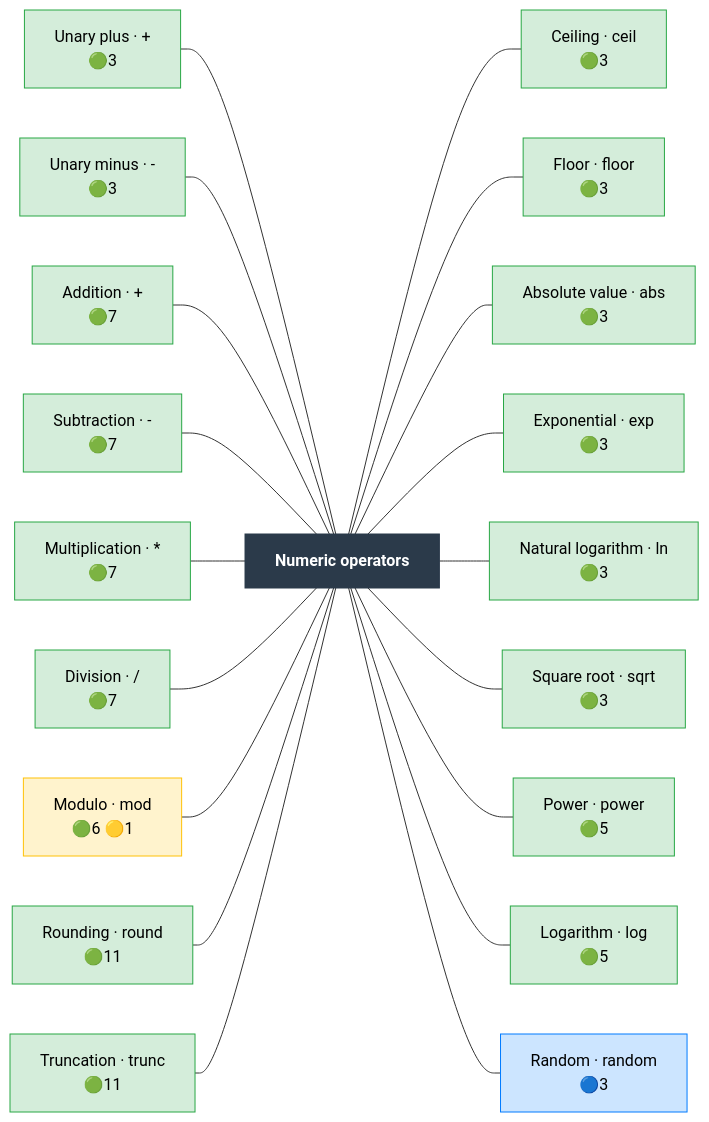
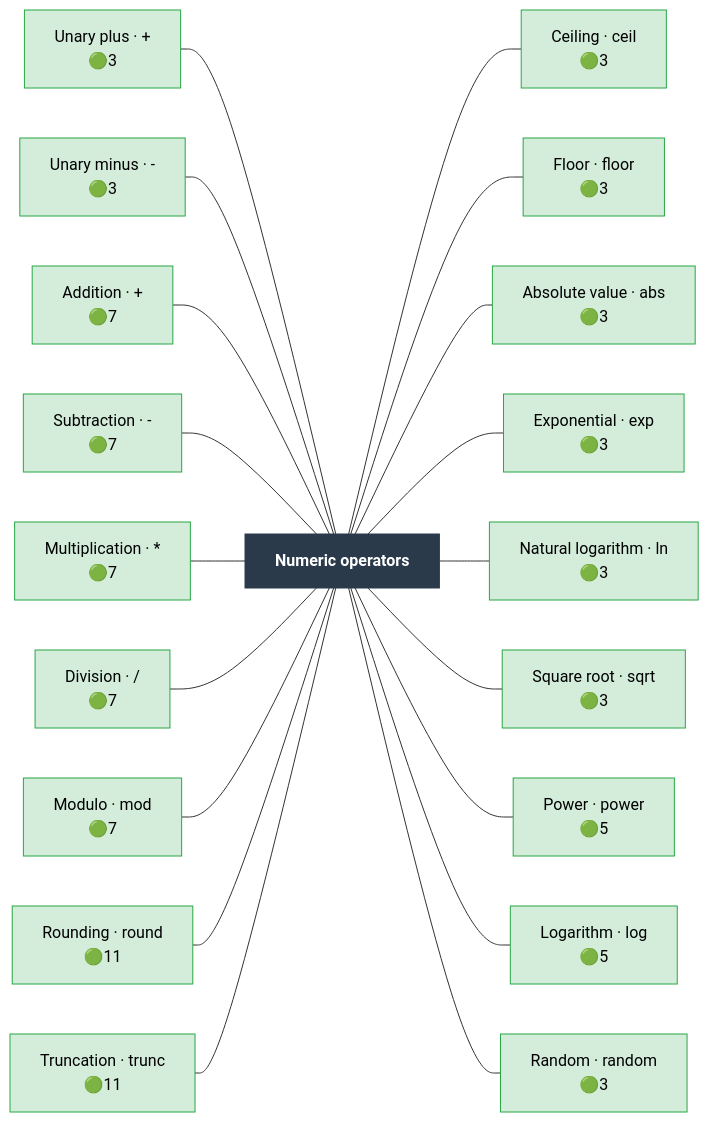
The diagram in docs/operator_map/numeric/index.rst (Meaningful-Data/vtlengine), drawn with Mermaid before and after one commit. The commit also changed other lines of this file and 175 other files, not shown here.

```diff
--- a/docs/operator_map/numeric/index.rst
+++ b/docs/operator_map/numeric/index.rst
@@ -24,66 +24,66 @@
 .. mermaid::
    :config: {"flowchart": {"useMaxWidth": false}}
 
    flowchart LR
        classDef ok fill:#d4edda,stroke:#28a745,color:#000
        classDef partial fill:#fff3cd,stroke:#ffc107,color:#000
        classDef refused fill:#d4edda,stroke:#28a745,stroke-width:3px,stroke-dasharray: 2 2,color:#000
        classDef missing fill:#f8d7da,stroke:#dc3545,color:#000
        classDef diverge fill:#cce5ff,stroke:#007bff,color:#000
        classDef block fill:#2b3a4a,stroke:#2b3a4a,color:#fff,font-weight:bold
        classDef ext fill:#fff,stroke:#666,color:#000,stroke-dasharray: 5 5
        B["Numeric operators"]:::block
        numeric__unary_plus["Unary plus · +<br/>🟢3"]:::ok
        numeric__unary_minus["Unary minus · -<br/>🟢3"]:::ok
        numeric__addition["Addition · +<br/>🟢7"]:::ok
        numeric__subtraction["Subtraction · -<br/>🟢7"]:::ok
        numeric__multiplication["Multiplication · *<br/>🟢7"]:::ok
        numeric__division["Division · /<br/>🟢7"]:::ok
-       numeric__modulo["Modulo · mod<br/>🟢6 🟡1"]:::partial
+       numeric__modulo["Modulo · mod<br/>🟢7"]:::ok
        numeric__round["Rounding · round<br/>🟢11"]:::ok
        numeric__trunc["Truncation · trunc<br/>🟢11"]:::ok
        numeric__ceil["Ceiling · ceil<br/>🟢3"]:::ok
        numeric__floor["Floor · floor<br/>🟢3"]:::ok
        numeric__abs["Absolute value · abs<br/>🟢3"]:::ok
        numeric__exp["Exponential · exp<br/>🟢3"]:::ok
        numeric__ln["Natural logarithm · ln<br/>🟢3"]:::ok
        numeric__sqrt["Square root · sqrt<br/>🟢3"]:::ok
        numeric__power["Power · power<br/>🟢5"]:::ok
        numeric__log["Logarithm · log<br/>🟢5"]:::ok
-       numeric__random["Random · random<br/>🔵3"]:::diverge
+       numeric__random["Random · random<br/>🟢3"]:::ok
        numeric__unary_plus --- B
        numeric__unary_minus --- B
        numeric__addition --- B
        numeric__subtraction --- B
        numeric__multiplication --- B
        numeric__division --- B
        numeric__modulo --- B
        numeric__round --- B
        numeric__trunc --- B
        B --- numeric__ceil
        B --- numeric__floor
        B --- numeric__abs
        B --- numeric__exp
        B --- numeric__ln
        B --- numeric__sqrt
        B --- numeric__power
        B --- numeric__log
        B --- numeric__random
        click numeric__unary_plus href "unary_plus.html"
        click numeric__unary_minus href "unary_minus.html"
        click numeric__addition href "addition.html"
        click numeric__subtraction href "subtraction.html"
        click numeric__multiplication href "multiplication.html"
        click numeric__division href "division.html"
        click numeric__modulo href "modulo.html"
        click numeric__round href "round.html"
        click numeric__trunc href "trunc.html"
        click numeric__ceil href "ceil.html"
        click numeric__floor href "floor.html"
        click numeric__abs href "abs.html"
        click numeric__exp href "exp.html"
        click numeric__ln href "ln.html"
        click numeric__sqrt href "sqrt.html"
        click numeric__power href "power.html"
        click numeric__log href "log.html"
        click numeric__random href "random.html"
```
